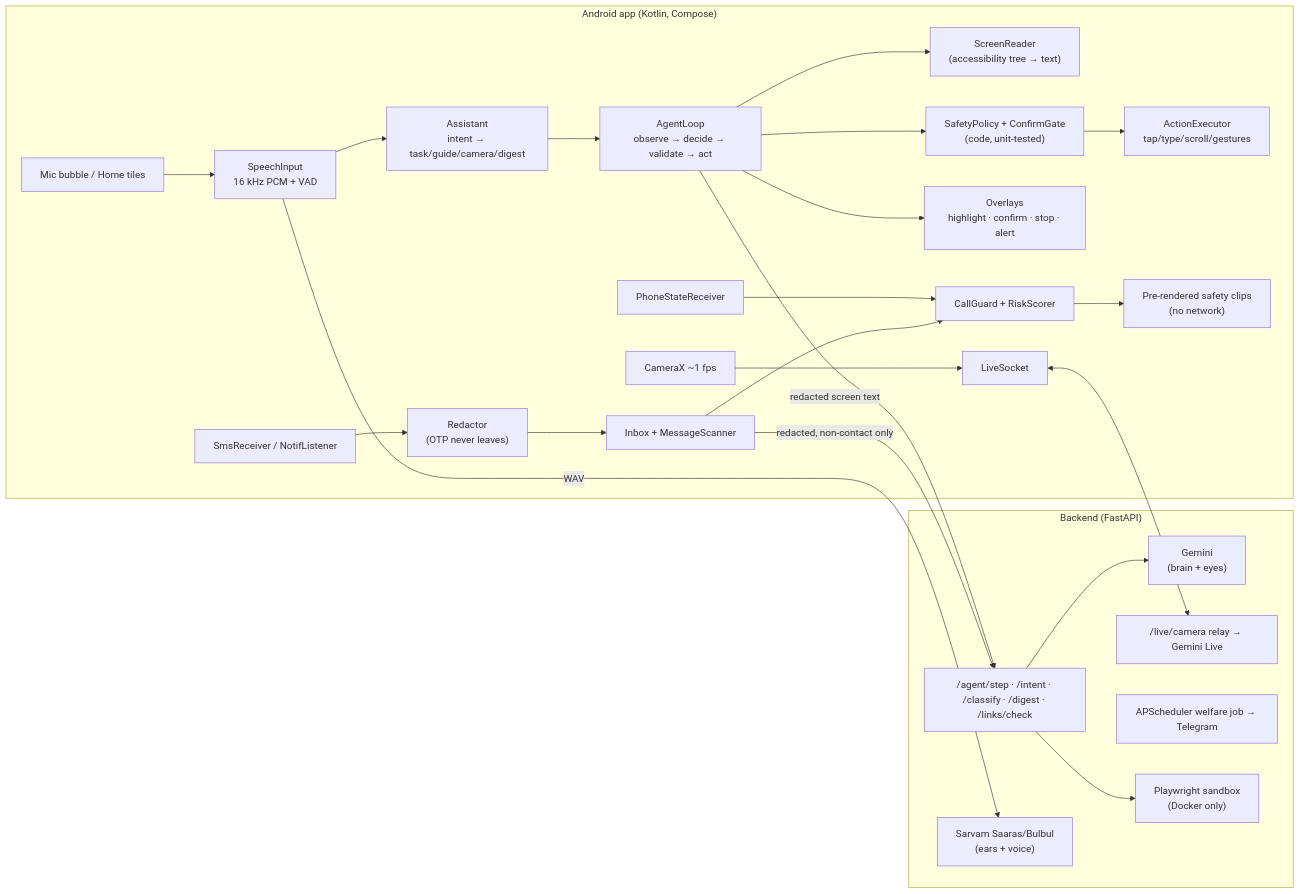
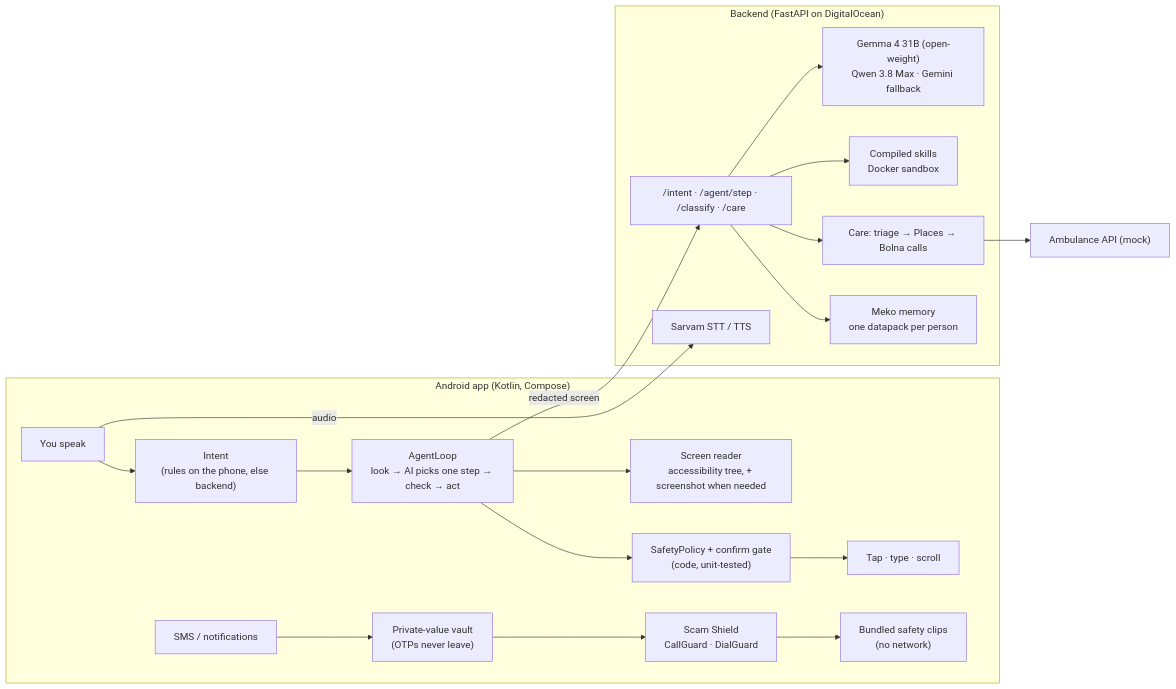
The diagram in README.md (Aryannnthakurrr/Vaani), drawn with Mermaid before and after one commit. The commit also changed other lines of this file and 107 other files, not shown here.

````diff
--- a/README.md
+++ b/README.md
@@ -112,30 +84,25 @@
 ```mermaid
 flowchart LR
   subgraph Phone["Android app (Kotlin, Compose)"]
-    Mic["Mic bubble / Home tiles"] --> SI["SpeechInput<br/>16 kHz PCM + VAD"]
-    SI --> AS["Assistant<br/>intent → task/guide/camera/digest"]
-    AS --> Loop["AgentLoop<br/>observe → decide → validate → act"]
-    Loop --> SR["ScreenReader<br/>(accessibility tree → text)"]
-    Loop --> SP["SafetyPolicy + ConfirmGate<br/>(code, unit-tested)"]
-    SP --> EX["ActionExecutor<br/>tap/type/scroll/gestures"]
-    Loop --> OV["Overlays<br/>highlight · confirm · stop · alert"]
-    SMS["SmsReceiver / NotifListener"] --> RED["Redactor<br/>(OTP never leaves)"] --> ING["Inbox + MessageScanner"]
-    Call["PhoneStateReceiver"] --> CG["CallGuard + RiskScorer"]
-    ING --> CG
-    CG --> Clips["Pre-rendered safety clips<br/>(no network)"]
-    Cam["CameraX ~1 fps"] --> LS["LiveSocket"]
+    Mic["You speak"] --> Intent["Intent<br/>(rules on the phone, else backend)"]
+    Intent --> Loop["AgentLoop<br/>look → AI picks one step → check → act"]
+    Loop --> Read["Screen reader<br/>accessibility tree, + screenshot when needed"]
+    Loop --> Policy["SafetyPolicy + confirm gate<br/>(code, unit-tested)"]
+    Policy --> Act["Tap · type · scroll"]
+    SMS["SMS / notifications"] --> Vault["Private-value vault<br/>(OTPs never leave)"] --> Scam["Scam Shield<br/>CallGuard · DialGuard"]
+    Scam --> Clips["Bundled safety clips<br/>(no network)"]
   end
-  subgraph Backend["Backend (FastAPI)"]
-    API["/agent/step · /intent · /classify · /digest · /links/check"]
-    G["Gemini<br/>(brain + eyes)"]
-    S["Sarvam Saaras/Bulbul<br/>(ears + voice)"]
-    LV["/live/camera relay → Gemini Live"]
-    W["APScheduler welfare job → Telegram"]
-    SB["Playwright sandbox<br/>(Docker only)"]
+  subgraph Backend["Backend (FastAPI on DigitalOcean)"]
+    API["/intent · /agent/step · /classify · /care"]
+    LLM["Gemma 4 31B (open-weight)<br/>Qwen 3.8 Max · Gemini fallback"]
+    Skills["Compiled skills<br/>Docker sandbox"]
+    Care["Care: triage → Places → Bolna calls"]
+    Mem["Meko memory<br/>one datapack per person"]
+    Speech["Sarvam STT / TTS"]
   end
-  Loop -- redacted screen text --> API --> G
-  SI -- WAV --> S
-  LS <--> LV
-  ING -- redacted, non-contact only --> API
-  API --> SB
+  Loop -- redacted screen --> API --> LLM
+  API --> Skills
+  API --> Care --> Amb["Ambulance API (mock)"]
+  API --> Mem
+  Mic -- audio --> Speech
 ```
````
